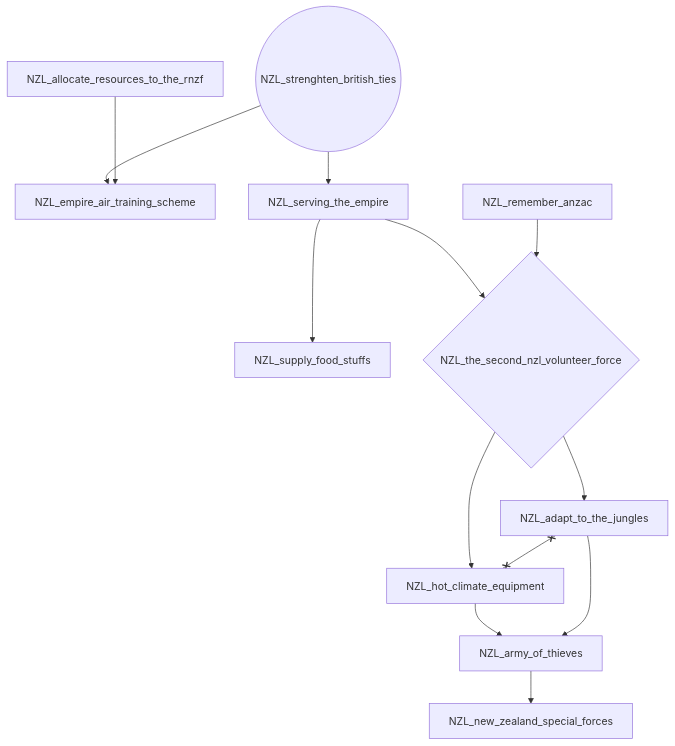
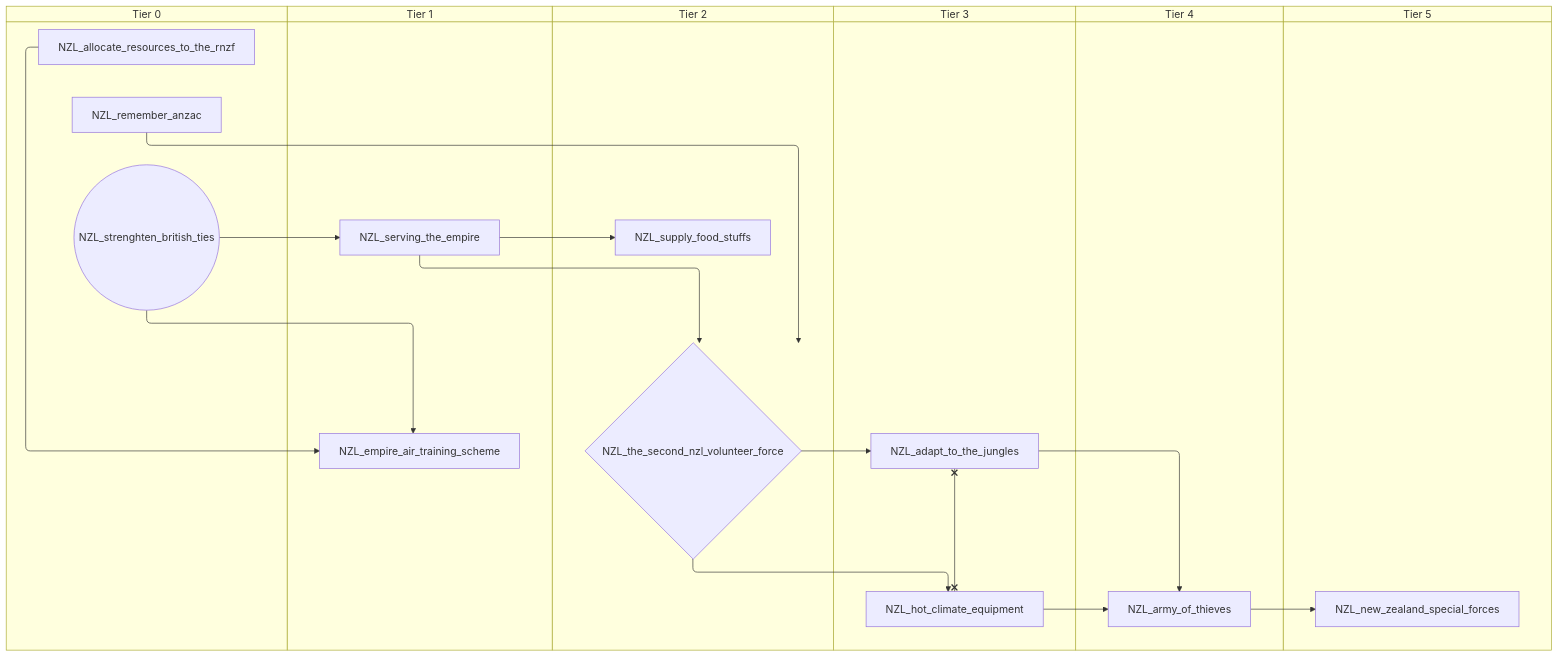
One commit to evgeny-sobol/hoi4-sandbox-mode-r56 changed the eighth of 11 diagrams in docs/gdd/National Focuses/r56/new_zealand.md. Above: the diagram before and after it, drawn with Mermaid. The commit also changed other lines of this file and 423 other files, not shown here.

First line of the commit message:
Re-export Rt56 focus trees as swimlane diagrams

````diff
--- a/docs/gdd/National Focuses/r56/new_zealand.md
+++ b/docs/gdd/National Focuses/r56/new_zealand.md
@@ -298,26 +368,38 @@
 ```mermaid
-flowchart TD
-    n21["NZL_adapt_to_the_jungles"]
-    n4["NZL_allocate_resources_to_the_rnzf"]
-    n22["NZL_army_of_thieves"]
-    n8["NZL_empire_air_training_scheme"]
-    n30["NZL_hot_climate_equipment"]
-    n33["NZL_new_zealand_special_forces"]
-    n35["NZL_remember_anzac"]
-    n36["NZL_serving_the_empire"]
-    n15(("NZL_strenghten_british_ties"))
-    n105["NZL_supply_food_stuffs"]
-    n38{"NZL_the_second_nzl_volunteer_force"}
-    n38 --> n21
-    n30 --> n22
-    n21 --> n22
-    n15 --> n8
-    n4 --> n8
-    n38 --> n30
-    n22 --> n33
-    n15 --> n36
-    n36 --> n105
-    n36 --> n38
-    n35 --> n38
-    n21 x--x n30
+swimlane-beta TD
+    subgraph tier_0["Tier 0"]
+        n2["NZL_allocate_resources_to_the_rnzf"]
+        n23["NZL_remember_anzac"]
+        n3(("NZL_strenghten_british_ties"))
+    end
+    subgraph tier_1["Tier 1"]
+        n6["NZL_empire_air_training_scheme"]
+        n20["NZL_serving_the_empire"]
+    end
+    subgraph tier_2["Tier 2"]
+        n105["NZL_supply_food_stuffs"]
+        n29{"NZL_the_second_nzl_volunteer_force"}
+    end
+    subgraph tier_3["Tier 3"]
+        n30["NZL_adapt_to_the_jungles"]
+        n33["NZL_hot_climate_equipment"]
+    end
+    subgraph tier_4["Tier 4"]
+        n38["NZL_army_of_thieves"]
+    end
+    subgraph tier_5["Tier 5"]
+        n40["NZL_new_zealand_special_forces"]
+    end
+    n29 --> n30
+    n33 --> n38
+    n30 --> n38
+    n3 --> n6
+    n2 --> n6
+    n29 --> n33
+    n38 --> n40
+    n3 --> n20
+    n20 --> n105
+    n20 --> n29
+    n23 --> n29
+    n30 x--x n33
 ```
````
